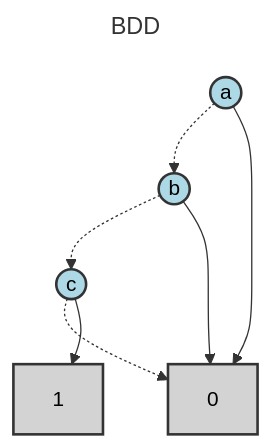
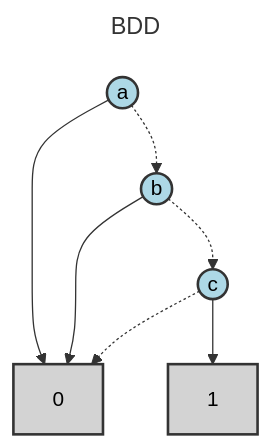
The second of 2 diagrams in test_expressions/reference_output/my_test_expression_analysis.md (Alan-Jowett/bdd_test), drawn with Mermaid before and after one commit. The commit also changed other lines of this file and 150 other files, not shown here.

First line of the commit message:
More dag graph cleanup (#65)

````diff
--- a/test_expressions/reference_output/my_test_expression_analysis.md
+++ b/test_expressions/reference_output/my_test_expression_analysis.md
@@ -49,27 +49,27 @@
 ```mermaid
 ---
 title: BDD
 ---
 flowchart TD
     N0["0"]
     N1["1"]
     N2(("c"))
     N3(("b"))
     N4(("a"))
 
+    N2 --> N1
     N2 -.-> N0
-    N2 --> N1
+    N3 --> N0
     N3 -.-> N2
-    N3 --> N0
+    N4 --> N0
     N4 -.-> N3
-    N4 --> N0
 
     class N0 terminal
     class N1 terminal
     class N2 bddVariable
     class N3 bddVariable
     class N4 bddVariable
 
     classDef bddVariable fill:lightblue,stroke:#333,stroke-width:2px,color:#000
     classDef terminal fill:lightgray,stroke:#333,stroke-width:2px,color:#000
 ```
````
